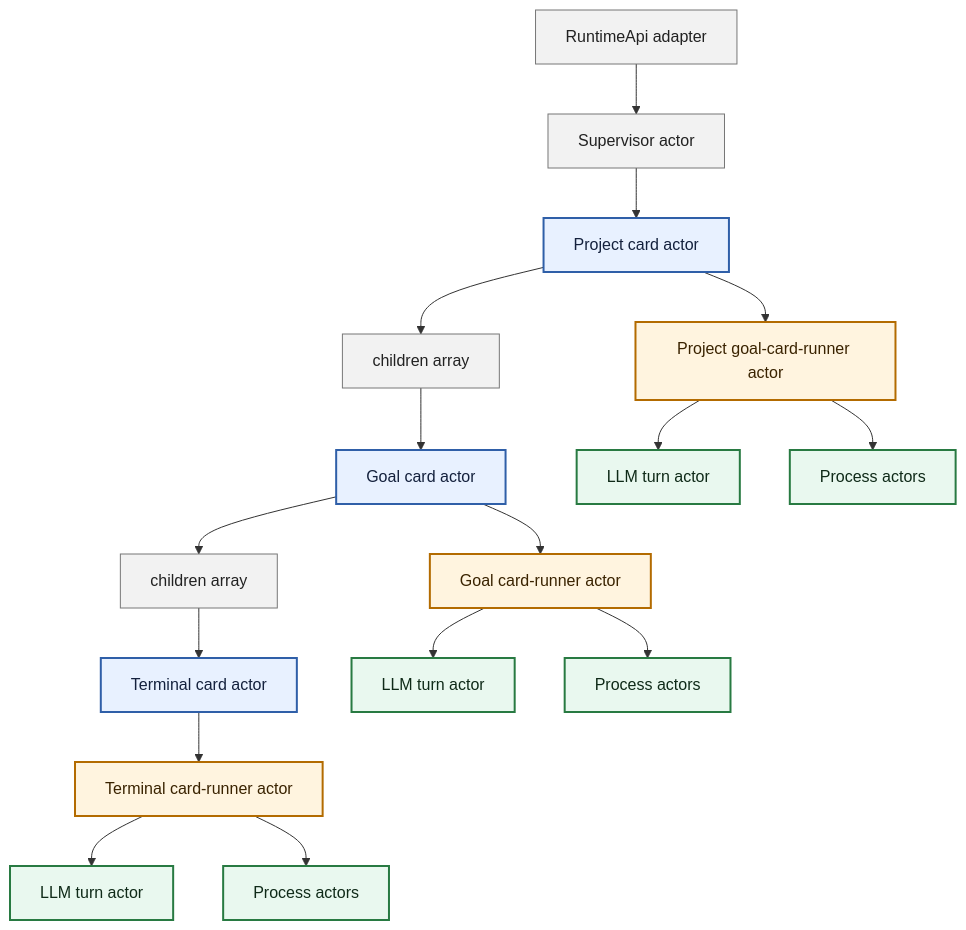
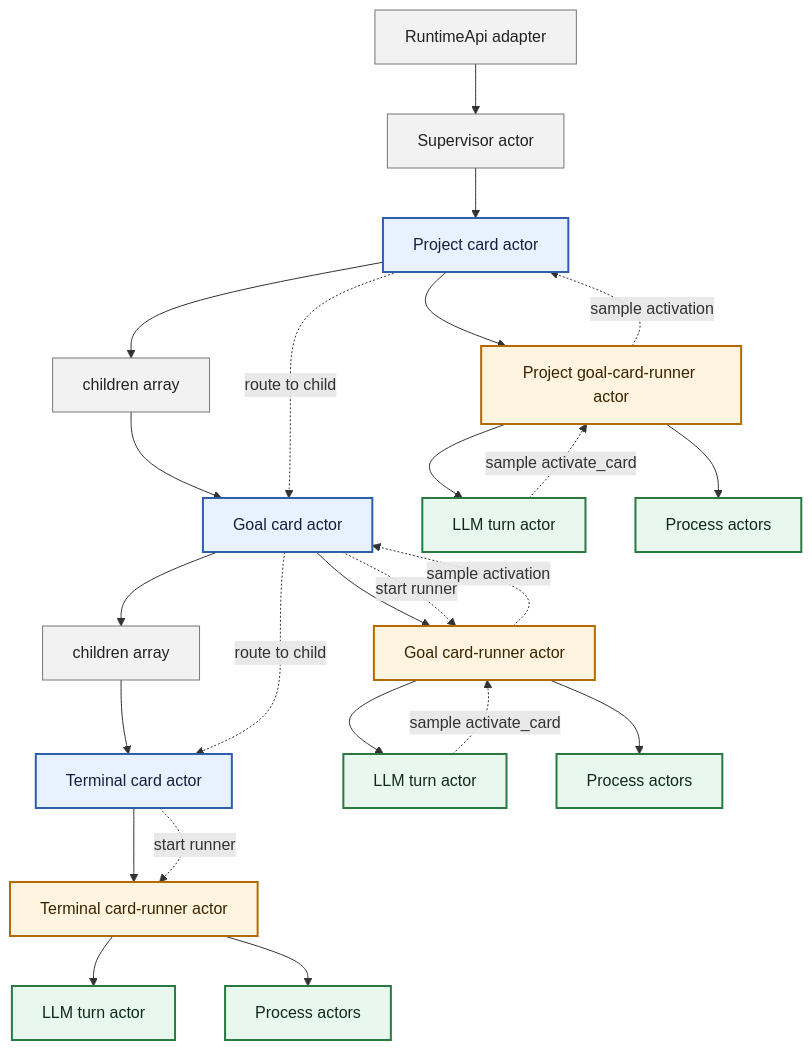
Before and after one commit to salva/saivage-v3: the diagram in docs/architecture/xstate-runtime-core.md, drawn with Mermaid. The commit also changed other lines of this file, not shown here.

Commit message:
docs: show sample actor invocation path

````diff
--- a/docs/architecture/xstate-runtime-core.md
+++ b/docs/architecture/xstate-runtime-core.md
@@ -64,32 +64,41 @@
 ```mermaid
 graph TD
   api[RuntimeApi adapter] --> supervisor[Supervisor actor]
   supervisor --> projectCard
 
   projectCard[Project card actor] --> projectChildren[children array]
   projectCard --> projectRunner[Project goal-card-runner actor]
   projectChildren --> goalCard[Goal card actor]
 
   goalCard --> goalChildren[children array]
   goalCard --> goalRunner[Goal card-runner actor]
   goalChildren --> terminalCard[Terminal card actor]
 
   terminalCard --> terminalRunner[Terminal card-runner actor]
 
   projectRunner --> projectTurn[LLM turn actor]
   projectRunner --> projectProcess[Process actors]
   goalRunner --> goalTurn[LLM turn actor]
   goalRunner --> goalProcess[Process actors]
   terminalRunner --> terminalTurn[LLM turn actor]
   terminalRunner --> terminalProcess[Process actors]
 
+  projectTurn -. sample activate_card .-> projectRunner
+  projectRunner -. sample activation .-> projectCard
+  projectCard -. route to child .-> goalCard
+  goalCard -. start runner .-> goalRunner
+  goalTurn -. sample activate_card .-> goalRunner
+  goalRunner -. sample activation .-> goalCard
+  goalCard -. route to child .-> terminalCard
+  terminalCard -. start runner .-> terminalRunner
+
   classDef cardActor fill:#e8f1ff,stroke:#2f5fa8,stroke-width:2px,color:#14213d
   classDef runnerActor fill:#fff4df,stroke:#b36b00,stroke-width:2px,color:#3a2300
   classDef resourceActor fill:#e9f8ef,stroke:#287a42,stroke-width:2px,color:#0f2a18
   classDef support fill:#f2f2f2,stroke:#777,stroke-width:1px,color:#222
 
   class projectCard,goalCard,terminalCard cardActor
   class projectRunner,goalRunner,terminalRunner runnerActor
   class projectTurn,projectProcess,goalTurn,goalProcess,terminalTurn,terminalProcess resourceActor
   class api,supervisor,projectChildren,goalChildren support
 ```
````
